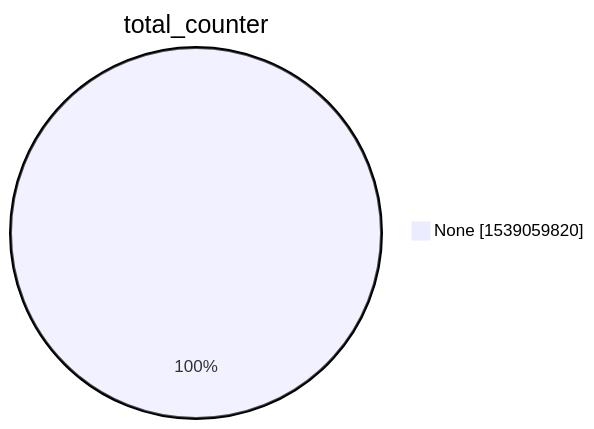
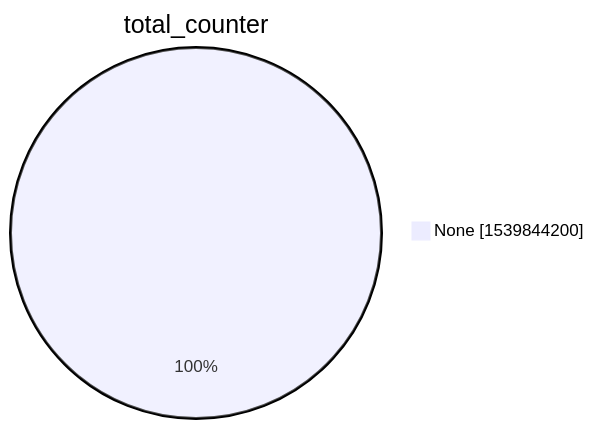
One commit to christiankrug/ctmonitor_visualization changed the second of 15 diagrams in xenon2022/README.md. Above: the diagram before and after it, drawn with Mermaid. The commit also changed other lines of this file, not shown here.

````diff
--- a/xenon2022/README.md
+++ b/xenon2022/README.md
@@ -9,5 +9,5 @@
 ```mermaid
 pie showData
 title total_counter
-"None" :1539059820
+"None" :1539844200
 ```
````
